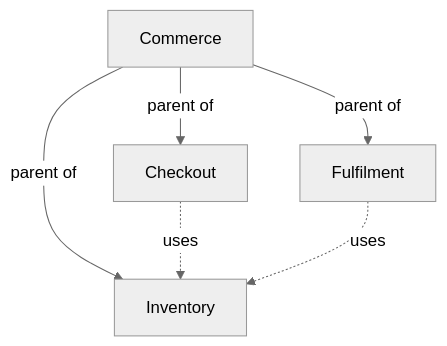
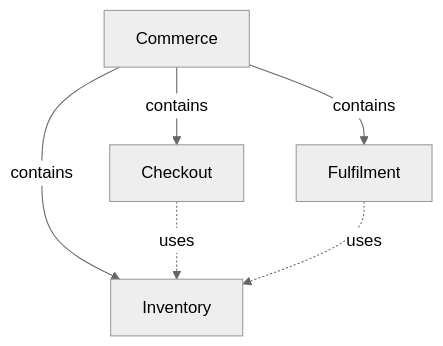
One commit to FTOD/concorde changed the diagram in .concorde/protocol/kinds/module.md. Above: the diagram before and after it, drawn with Mermaid (neutral theme). The commit also changed other lines of this file and 199 other files, not shown here.

````diff
--- a/.concorde/protocol/kinds/module.md
+++ b/.concorde/protocol/kinds/module.md
@@ -198,14 +118,14 @@
 ```mermaid
 flowchart TB
-    accTitle: Composition and dependency are different relationships
-    accDescr: Commerce is the sole structural parent of Checkout, Fulfilment and Inventory. Checkout and Fulfilment each use Inventory. These uses relationships do not make Inventory a child of either consumer.
+    accTitle: Composition is distinct from dependency
+    accDescr: Commerce contains Checkout, Fulfilment and Inventory. Both consumers use Inventory without owning it as another child.
     commerce["Commerce"]
     checkout["Checkout"]
     fulfilment["Fulfilment"]
     inventory["Inventory"]
-    commerce -->|parent of| checkout
-    commerce -->|parent of| fulfilment
-    commerce -->|parent of| inventory
+    commerce -->|contains| checkout
+    commerce -->|contains| fulfilment
+    commerce -->|contains| inventory
     checkout -.->|uses| inventory
     fulfilment -.->|uses| inventory
 ```
````
